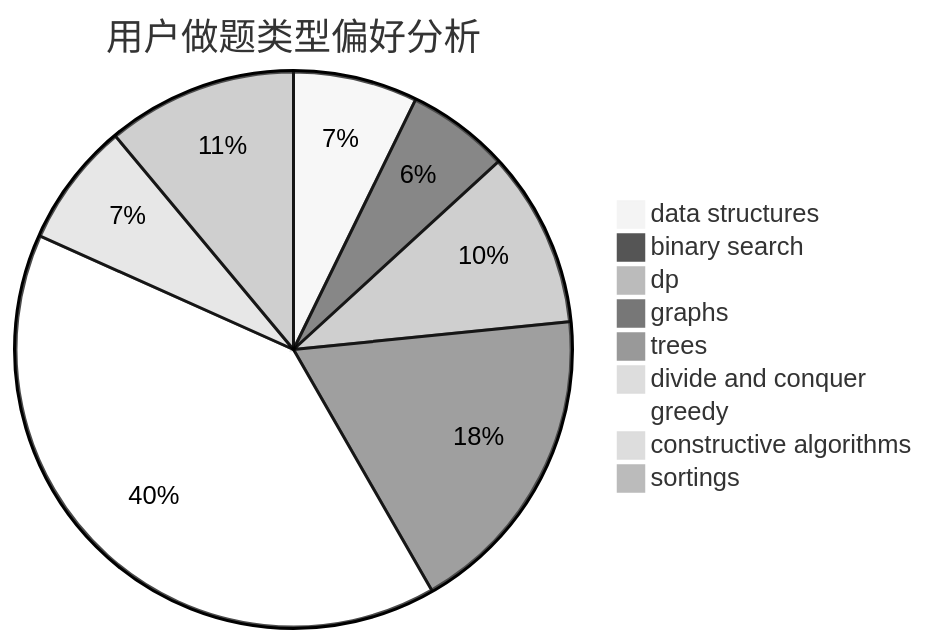
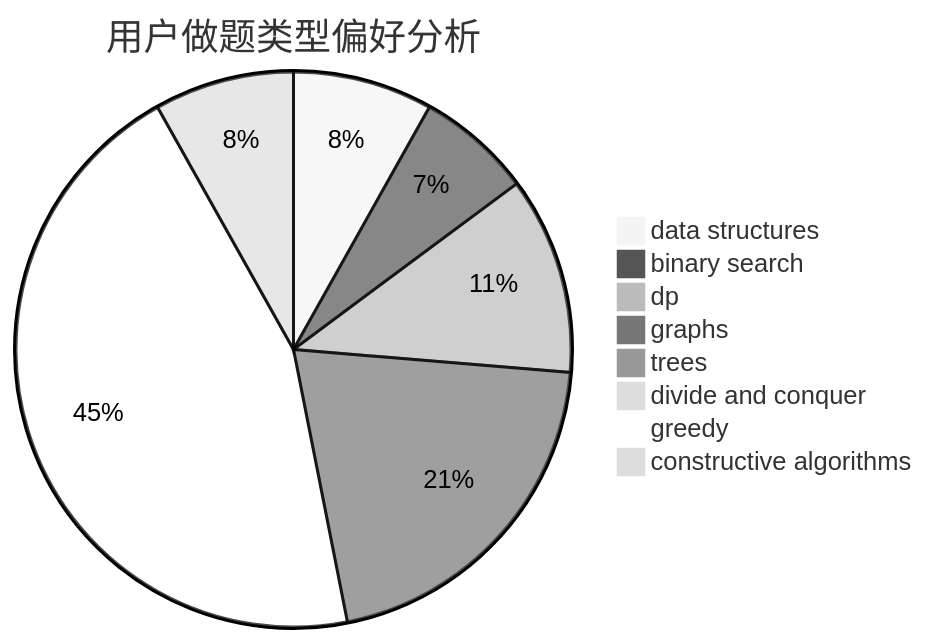
The second of 3 diagrams in docs/user/u2342.md (sherpahu/cfrs.github.io), drawn with Mermaid (neutral theme) before and after one commit. The commit also changed other lines of this file and 2769 other files, not shown here.

````diff
--- a/docs/user/u2342.md
+++ b/docs/user/u2342.md
@@ -18,12 +18,11 @@
 ```mermaid
 pie title 用户做题类型偏好分析
     "data structures" :  17
     "binary search" :  14
     "dp" :  24
     "graphs" :  43
     "trees" :  0
     "divide and conquer" :  0
     "greedy" :  94
     "constructive algorithms" :  17
-    "sortings" :  26
 ```
````
